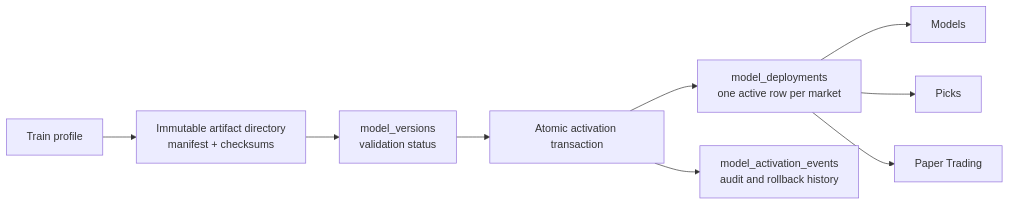
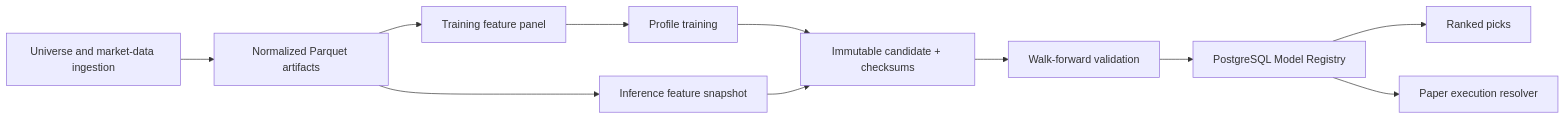
Before and after one commit to thisiscatcode/aistockcn: the third of 3 diagrams in docs/SYSTEM_DESIGN_SPEC.md, drawn with Mermaid. The commit also changed other lines of this file and 11 other files, not shown here.

````diff
--- a/docs/SYSTEM_DESIGN_SPEC.md
+++ b/docs/SYSTEM_DESIGN_SPEC.md
@@ -91,11 +160,13 @@
 ```mermaid
 flowchart LR
-    T["Train profile"] --> I["Immutable artifact directory\nmanifest + checksums"]
-    I --> V["model_versions\nvalidation status"]
-    V --> A["Atomic activation transaction"]
-    A --> D["model_deployments\none active row per market"]
-    A --> E["model_activation_events\naudit and rollback history"]
-    D --> M["Models"]
-    D --> P["Picks"]
-    D --> R["Paper Trading"]
+    I["Universe and market-data ingestion"] --> N["Normalized Parquet artifacts"]
+    N --> F["Training feature panel"]
+    N --> S["Inference feature snapshot"]
+    F --> T["Profile training"]
+    T --> C["Immutable candidate + checksums"]
+    C --> V["Walk-forward validation"]
+    V --> R["PostgreSQL Model Registry"]
+    R --> P["Ranked picks"]
+    R --> E["Paper execution resolver"]
+    S --> C
 ```
````
